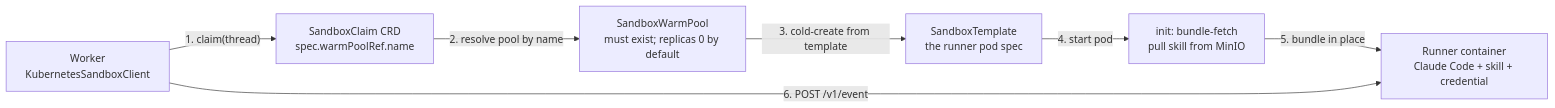
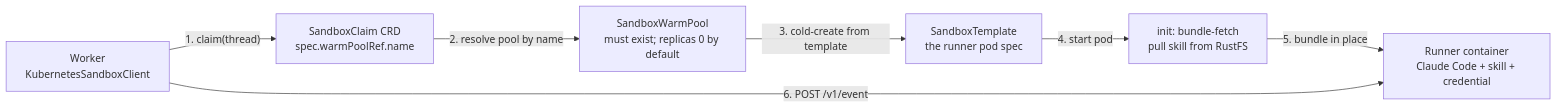
One commit to coinleftt/curie changed the second of 3 diagrams in docs/diagrams/kubernetes.md. Above: the diagram before and after it, drawn with Mermaid. The commit also changed other lines of this file and 52 other files, not shown here.

First line of the commit message:
Replace MinIO with RustFS

````diff
--- a/docs/diagrams/kubernetes.md
+++ b/docs/diagrams/kubernetes.md
@@ -57,16 +57,16 @@
 ```mermaid
 flowchart LR
     Worker["Worker<br/>KubernetesSandboxClient"]
     Claim["SandboxClaim CRD<br/>spec.warmPoolRef.name"]
     Pool["SandboxWarmPool<br/>must exist; replicas 0 by default"]
     Tmpl["SandboxTemplate<br/>the runner pod spec"]
-    Init["init: bundle-fetch<br/>pull skill from MinIO"]
+    Init["init: bundle-fetch<br/>pull skill from RustFS"]
     Runner["Runner container<br/>Claude Code + skill + credential"]
 
     Worker -- "1. claim(thread)" --> Claim
     Claim -- "2. resolve pool by name" --> Pool
     Pool -- "3. cold-create from template" --> Tmpl
     Tmpl -- "4. start pod" --> Init
     Init -- "5. bundle in place" --> Runner
     Worker -- "6. POST /v1/event" --> Runner
 ```
````
